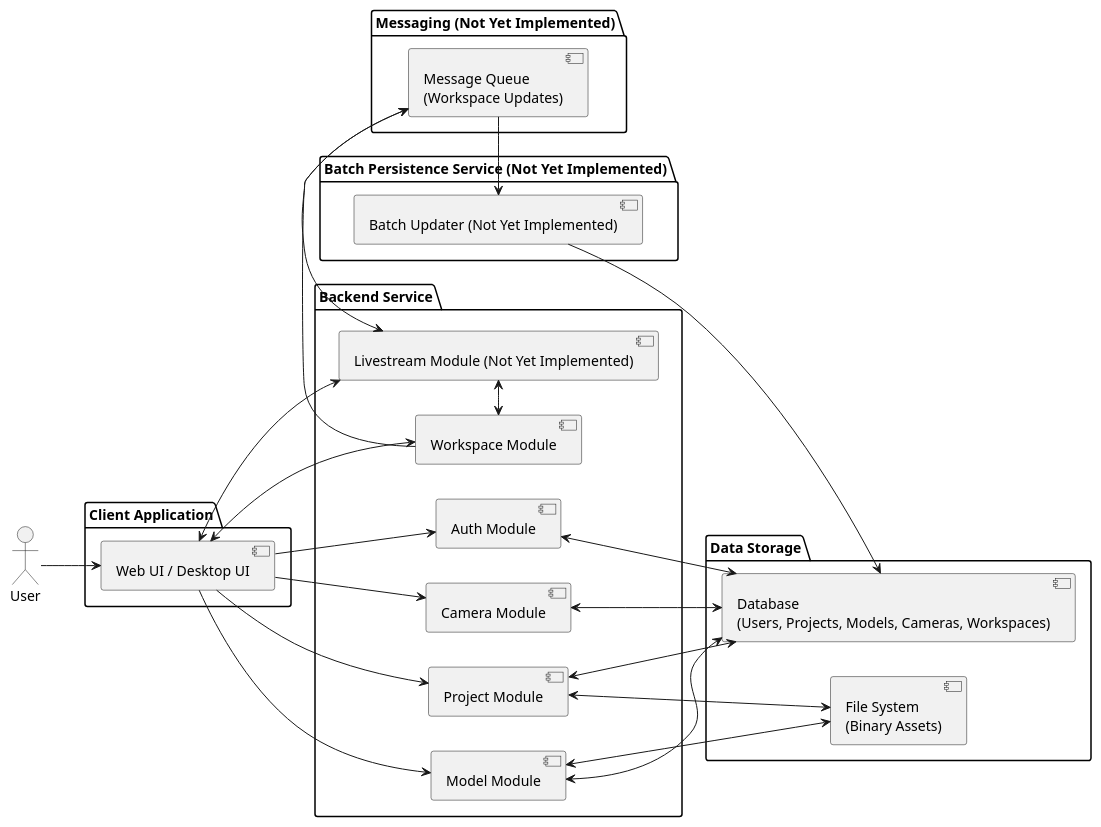
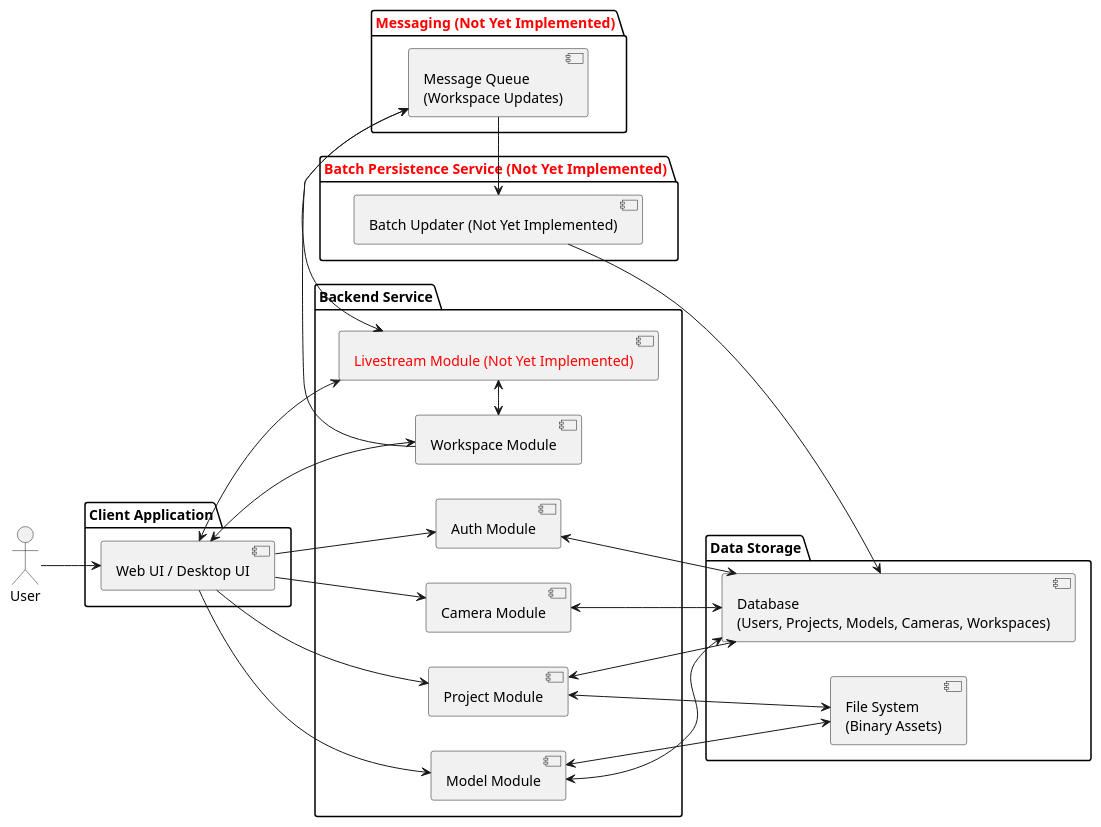
Before and after one commit to Ministry-of-Learning-of-Jura-Kites/OmniCam: the diagram in docs/diagrams/system_architecture.puml, drawn with PlantUML. The commit also changed 2 other files, not shown here.

Commit message:
not yet implemented more

```diff
--- a/docs/diagrams/system_architecture.puml
+++ b/docs/diagrams/system_architecture.puml
@@ -1,60 +1,60 @@
 @startuml OmniCam System Architecture Diagram
 left to right direction
 
 actor User
 
 package "Client Application" {
   [Web UI / Desktop UI] as UI
 }
 
 package "Backend Service" {
   [Auth Module] as Auth
   [Model Module] as Model
   [Project Module] as Project
   together {
     [Workspace Module] as Workspace
-    [Livestream Module (Not Yet Implemented)] as Livestream
+    [<color:red>Livestream Module (Not Yet Implemented)</color>] as Livestream
   }
   [Camera Module] as Camera
 }
 
-package "Batch Persistence Service (Not Yet Implemented)" {
+package "<color:red>Batch Persistence Service (Not Yet Implemented)</color>" {
   [Batch Updater (Not Yet Implemented)] as BatchUpdater
 }
 
 package "Data Storage" {
   [Database\n(Users, Projects, Models, Cameras, Workspaces)] as DB
   [File System\n(Binary Assets)] as Repo
 }
 
-package "Messaging (Not Yet Implemented)" {
+package "<color:red>Messaging (Not Yet Implemented)</color>" {
   [Message Queue\n(Workspace Updates)] as MessageQueue
 }
 
 ' Actors interact with UI
 User --> UI
 
 ' Client calls backend
 UI <--> Workspace
 UI <-> Livestream
 UI --> Auth
 UI --> Project
 UI --> Model
 UI --> Camera
 
 ' Workspace Livestream
 Workspace <-> Livestream
 BatchUpdater <- MessageQueue
 BatchUpdater -down-> DB
 
 ' Backend to storage
 Auth <-> DB
 Project <-> DB
 Project <-> Repo
 Model <-> DB
 Model <-> Repo
 Workspace -> MessageQueue
 Livestream <-> MessageQueue
 Camera <--> DB
 
 @enduml
```
